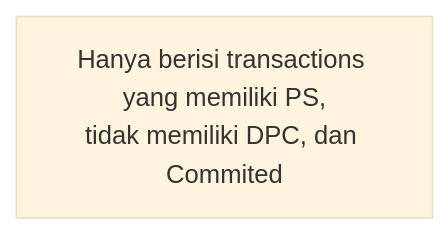
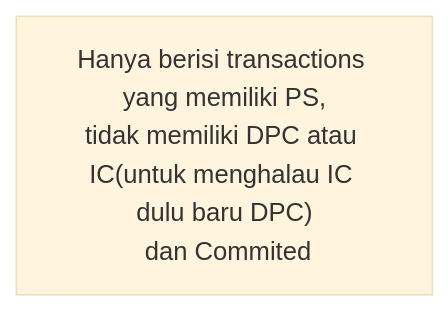
One commit to bagaskrmn/bac-flow-laundry changed the first of 3 diagrams in laundry-activities/driver-pickup-clean.md. Above: the diagram before and after it, drawn with Mermaid (base theme). The commit also changed 2 other files, not shown here.

````diff
--- a/laundry-activities/driver-pickup-clean.md
+++ b/laundry-activities/driver-pickup-clean.md
@@ -3,8 +3,8 @@
 ```mermaid
 %%{init: {'flowchart': {'curve': 'linear', 'nodeSpacing': 60, 'rankSpacing': 80, 'diagramPadding': 24}}}%%
 flowchart TD
-    N_IN["Hanya berisi transactions yang memiliki PS,<br/>tidak memiliki DPC, dan Commited"]
+    N_IN["Hanya berisi transactions yang memiliki PS,<br/>tidak memiliki DPC atau IC(untuk menghalau IC dulu baru DPC)<br/> dan Commited"]
 
     class N_IN danger
 
 ```
````
